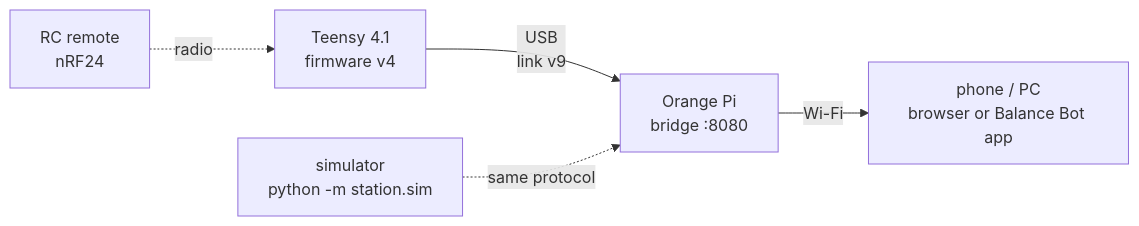
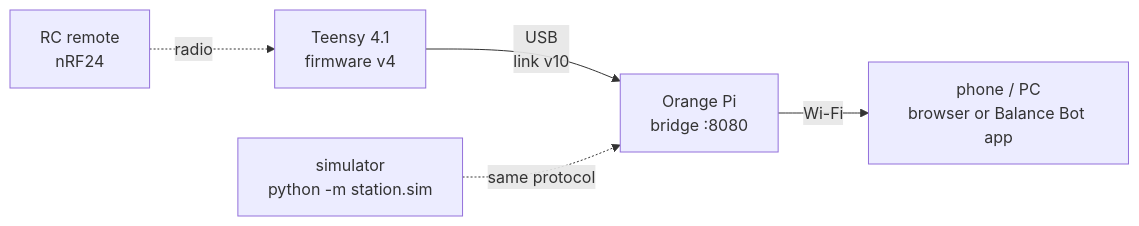
Before and after one commit to nespotts/self_balancing_robot_3: the diagram in README.md, drawn with Mermaid. The commit also changed other lines of this file and 22 other files, not shown here.

````diff
--- a/README.md
+++ b/README.md
@@ -7,7 +7,7 @@
 ```mermaid
 flowchart LR
-  T["Teensy 4.1<br>firmware v4"] -- "USB<br>link v9" --> P["Orange Pi<br>bridge :8080"]
+  T["Teensy 4.1<br>firmware v4"] -- "USB<br>link v10" --> P["Orange Pi<br>bridge :8080"]
   P -- "Wi-Fi" --> W["phone / PC<br>browser or Balance Bot app"]
   R["RC remote<br>nRF24"] -. "radio" .-> T
   S["simulator<br>python -m station.sim"] -. "same protocol" .-> P
 ```
````
